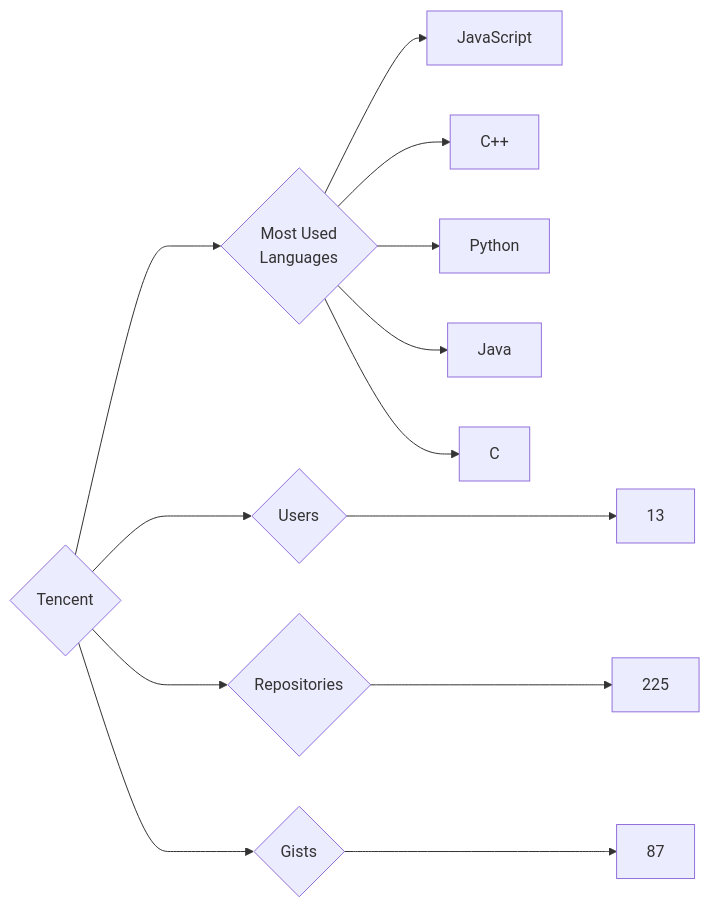
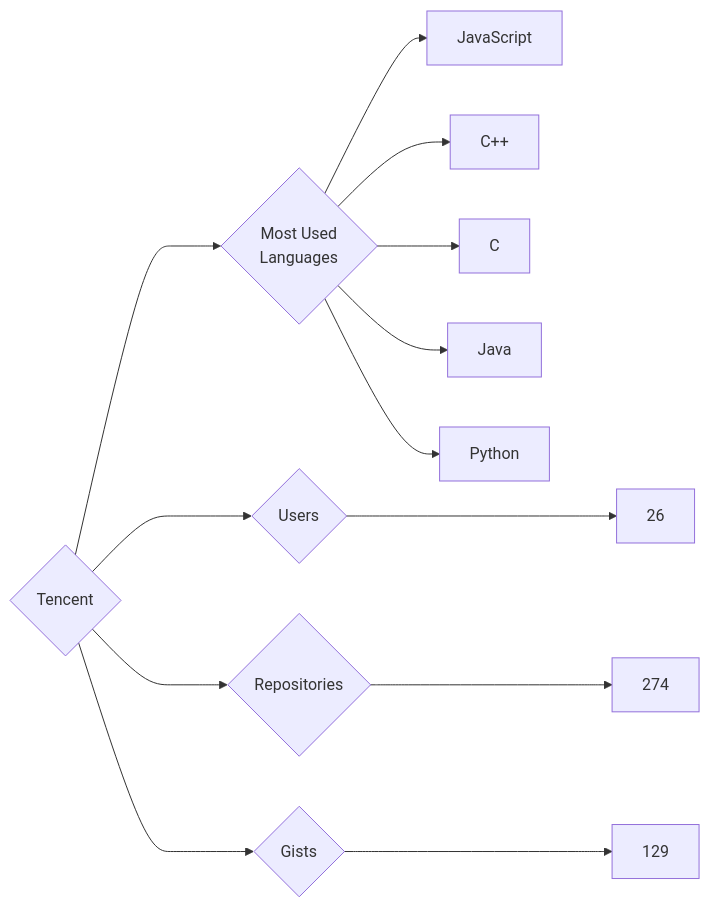
One commit to trickest/insiders changed the diagram in targets/Tencent/README.md. Above: the diagram before and after it, drawn with Mermaid. The commit also changed 851 other files, not shown here.

````diff
--- a/targets/Tencent/README.md
+++ b/targets/Tencent/README.md
@@ -3,13 +3,13 @@
 ```mermaid
 graph LR
 COMPANY_NAME{Tencent}
-COMPANY_NAME ---> U{Users} ---> UN[13]
-COMPANY_NAME ---> R{Repositories} ---> RN[225]
-COMPANY_NAME ---> G{Gists} ---> GN[87]
+COMPANY_NAME ---> U{Users} ---> UN[26]
+COMPANY_NAME ---> R{Repositories} ---> RN[274]
+COMPANY_NAME ---> G{Gists} ---> GN[129]
 COMPANY_NAME ---> ML{Most Used<br>Languages}
 ML --> JavaScript[JavaScript]
 ML --> C++[C++]
+ML --> C[C]
+ML --> Java[Java]
 ML --> Python[Python]
-ML --> Java[Java]
-ML --> C[C]
 ```
````
